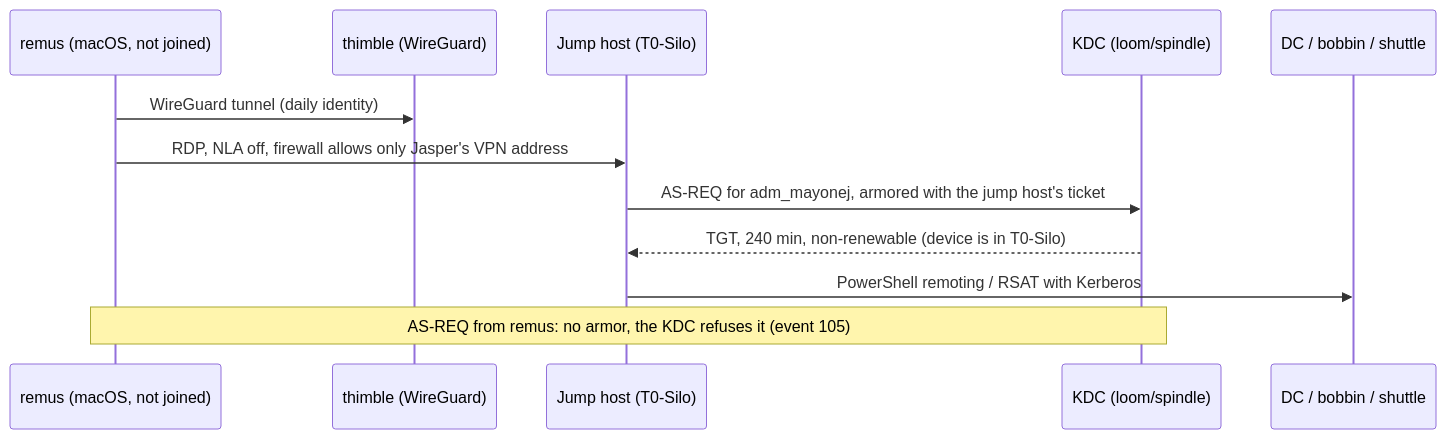
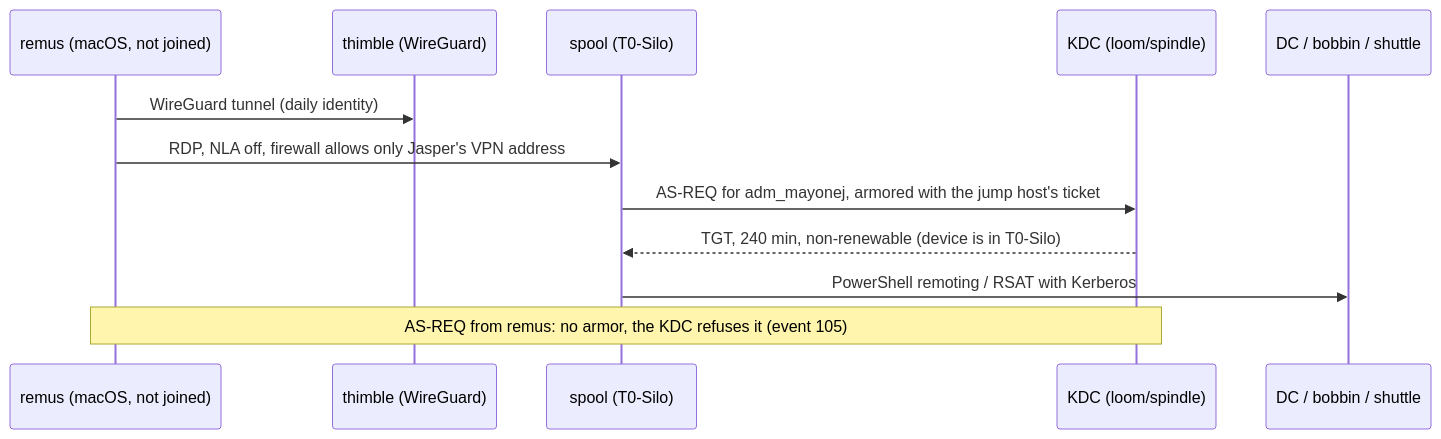
The second of 4 diagrams in ad/TIERING.md (patchworklabsorg/infra), drawn with Mermaid before and after one commit. The commit also changed other lines of this file, not shown here.

Commit message:
docs(ad): record tiering decisions and name the jump host spool

````diff
--- a/ad/TIERING.md
+++ b/ad/TIERING.md
@@ -201,14 +225,14 @@
 ```mermaid
 sequenceDiagram
   participant R as remus (macOS, not joined)
   participant T as thimble (WireGuard)
-  participant J as Jump host (T0-Silo)
+  participant J as spool (T0-Silo)
   participant K as KDC (loom/spindle)
   participant S as DC / bobbin / shuttle
   R->>T: WireGuard tunnel (daily identity)
   R->>J: RDP, NLA off, firewall allows only Jasper's VPN address
   J->>K: AS-REQ for adm_mayonej, armored with the jump host's ticket
   K-->>J: TGT, 240 min, non-renewable (device is in T0-Silo)
   J->>S: PowerShell remoting / RSAT with Kerberos
   Note over R,K: AS-REQ from remus: no armor, the KDC refuses it (event 105)
 ```
````
